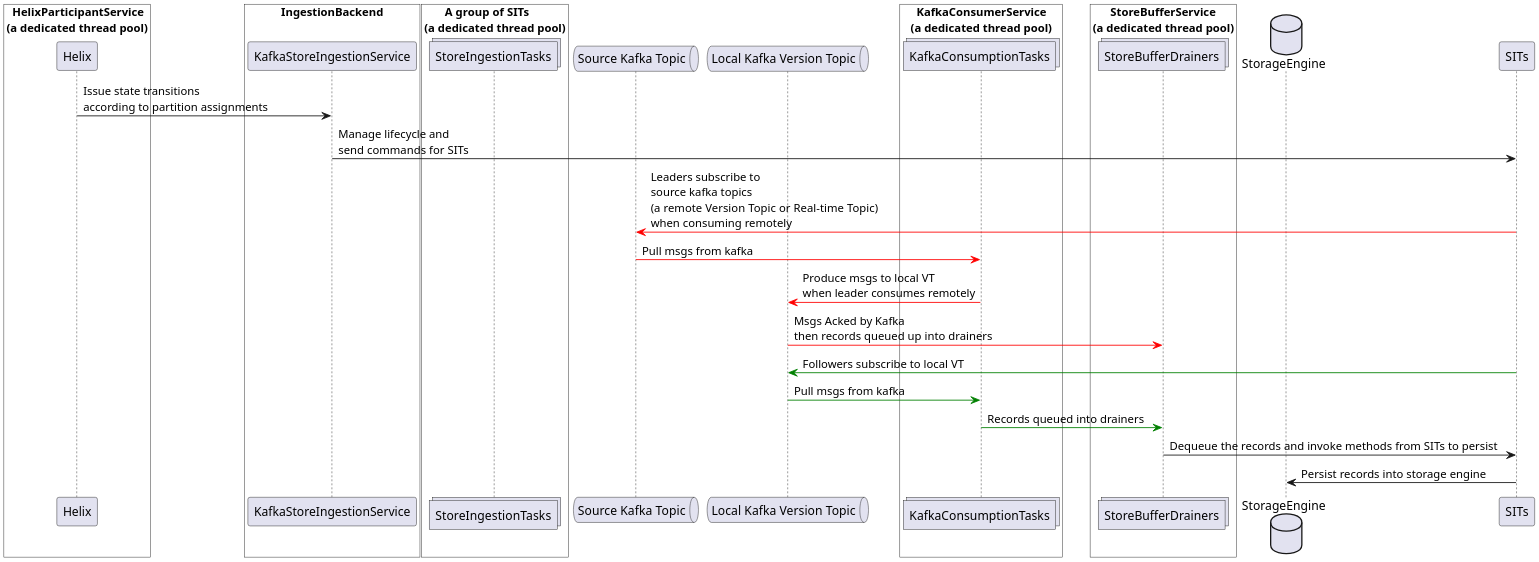
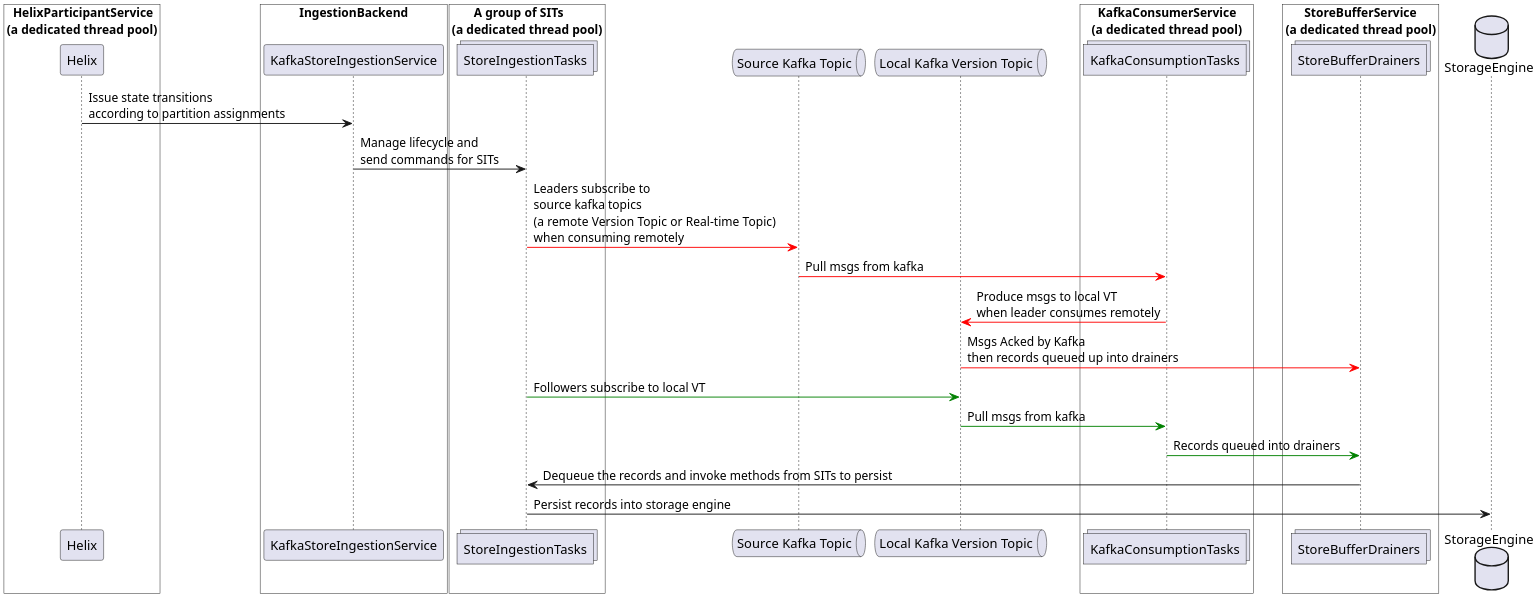
One commit to linkedin/venice changed the diagram in docs/assets/uml/server_ingestion.puml. Above: the diagram before and after it, drawn with PlantUML. The commit also changed 1 other file, not shown here.

```diff
--- a/docs/assets/uml/server_ingestion.puml
+++ b/docs/assets/uml/server_ingestion.puml
@@ -1,46 +1,46 @@
 @startuml
 
 ' ### Description
 ' This diagram describes how the store ingestion task is created and
 ' and how the status signal is consumed by other components
 
 scale 3840*2160
 
 box "  HelixParticipantService\n(a dedicated thread pool)" #White
 participant Helix as helix
 end box
 box "IngestionBackend"#White
 participant KafkaStoreIngestionService as KIS
 end box
 box "       A group of SITs\n(a dedicated thread pool)" #White
-collections StoreIngestionTasks as SITS
+collections StoreIngestionTasks as SITs
 end box
 queue "Source Kafka Topic" as remote
 queue "Local Kafka Version Topic" as VT
 box "  KafkaConsumerService\n(a dedicated thread pool)" #White
 collections  KafkaConsumptionTasks as KCTS
 end box
 box "      StoreBufferService\n(a dedicated thread pool)" #White
 collections  StoreBufferDrainers as SBDS
 end box
 database "StorageEngine" as db
 
 helix -> KIS:Issue state transitions \naccording to partition assignments
 KIS -> SITs:Manage lifecycle and \nsend commands for SITs
 
 
 ' # leader behavior
 SITs -[#red]> remote:Leaders subscribe to \nsource kafka topics \n(a remote Version Topic or Real-time Topic) \nwhen consuming remotely
 remote -[#red]> KCTS:Pull msgs from kafka
 KCTS -[#red]> VT:Produce msgs to local VT \nwhen leader consumes remotely
 VT -[#red]> SBDS:Msgs Acked by Kafka \nthen records queued up into drainers
 
 ' # follower behavior
 SITs -[#green]> VT:Followers subscribe to local VT
 VT -[#green]> KCTS:Pull msgs from kafka
 KCTS -[#green]> SBDS:Records queued into drainers
 
 SBDS -> SITs:Dequeue the records and invoke methods from SITs to persist
 SITs -> db:Persist records into storage engine
 
 @enduml
```
